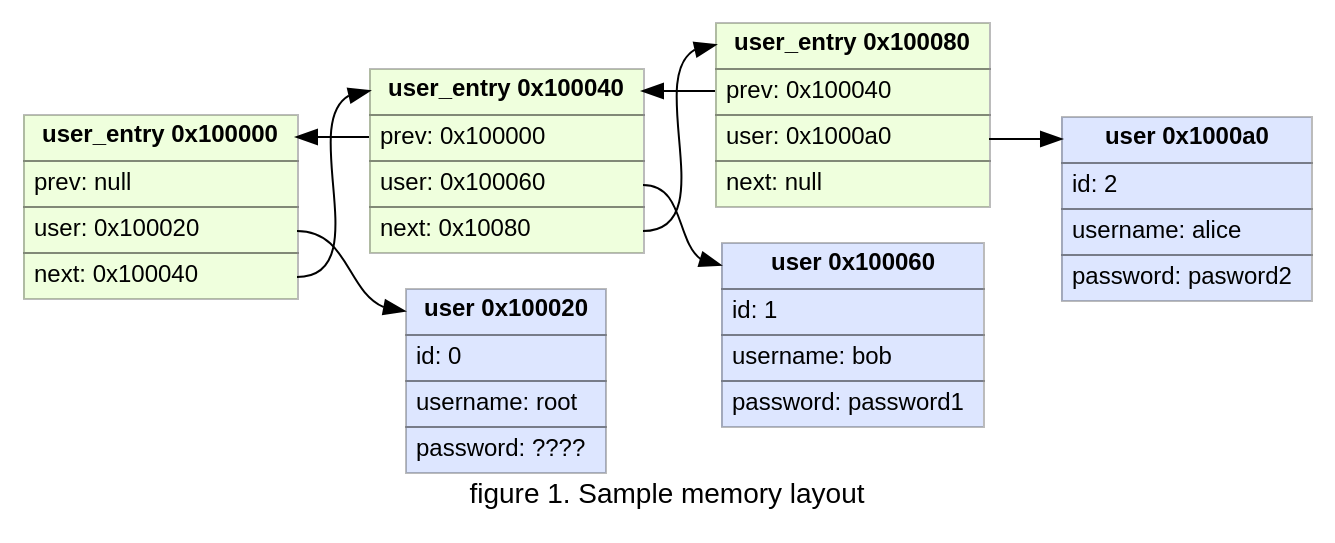
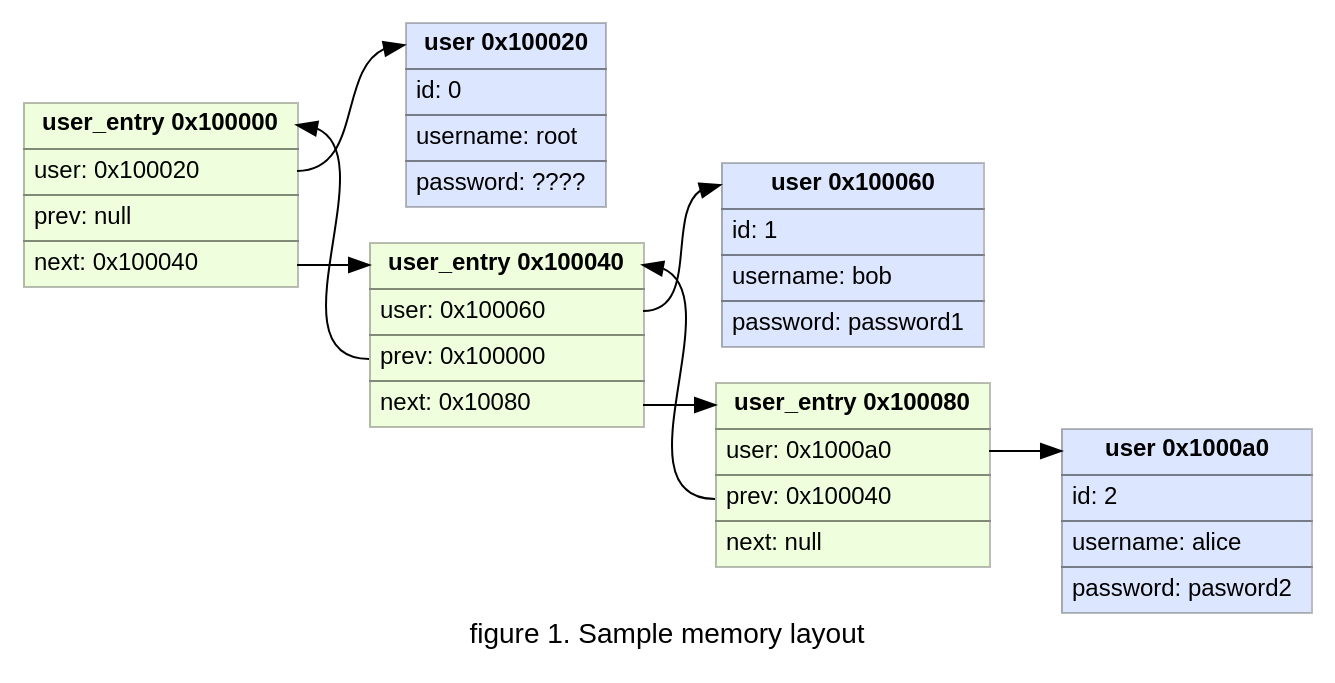
The first of 4 diagrams in solve/sign_in/index.md (sukolenvo/2024duCTF), drawn with Graphviz before and after one commit. The commit also changed other lines of this file and 2 other files, not shown here.

```diff
--- a/solve/sign_in/index.md
+++ b/solve/sign_in/index.md
@@ -214,8 +211,8 @@
     "element0" [
     	label=<<table border="0" cellborder="1" cellspacing="0" cellpadding="4">
 			<tr> <td PORT="head"> <b>user_entry 0x100000 </b></td> </tr>
+			<tr> <td align="left" PORT="user"> user: 0x100020 </td> </tr>
 			<tr> <td align="left" PORT="prev"> prev: null </td> </tr>
-			<tr> <td align="left" PORT="user"> user: 0x100020 </td> </tr>
 			<tr> <td align="left" PORT="next"> next: 0x100040 </td> </tr>
 		</table>>
 		fillcolor="#88ff0022"
@@ -224,8 +221,8 @@
     "element1" [
     	label=<<table border="0" cellborder="1" cellspacing="0" cellpadding="4">
 			<tr> <td PORT="head"> <b>user_entry 0x100040 </b></td> </tr>
+			<tr> <td align="left" PORT="user"> user: 0x100060 </td> </tr>
 			<tr> <td align="left" PORT="prev"> prev: 0x100000 </td> </tr>
-			<tr> <td align="left" PORT="user"> user: 0x100060 </td> </tr>
 			<tr> <td align="left" PORT="next"> next: 0x10080 </td> </tr>
 		</table>>
 		fillcolor="#88ff0022"
@@ -234,8 +231,8 @@
     "element2" [
     	label=<<table border="0" cellborder="1" cellspacing="0" cellpadding="4">
 			<tr> <td PORT="head"> <b>user_entry 0x100080 </b></td> </tr>
+			<tr> <td align="left" PORT="user"> user: 0x1000a0 </td> </tr>
 			<tr> <td align="left" PORT="prev"> prev: 0x100040 </td> </tr>
-			<tr> <td align="left" PORT="user"> user: 0x1000a0 </td> </tr>
 			<tr> <td align="left" PORT="next"> next: null </td> </tr>
 		</table>>
 		fillcolor="#88ff0022"
```
